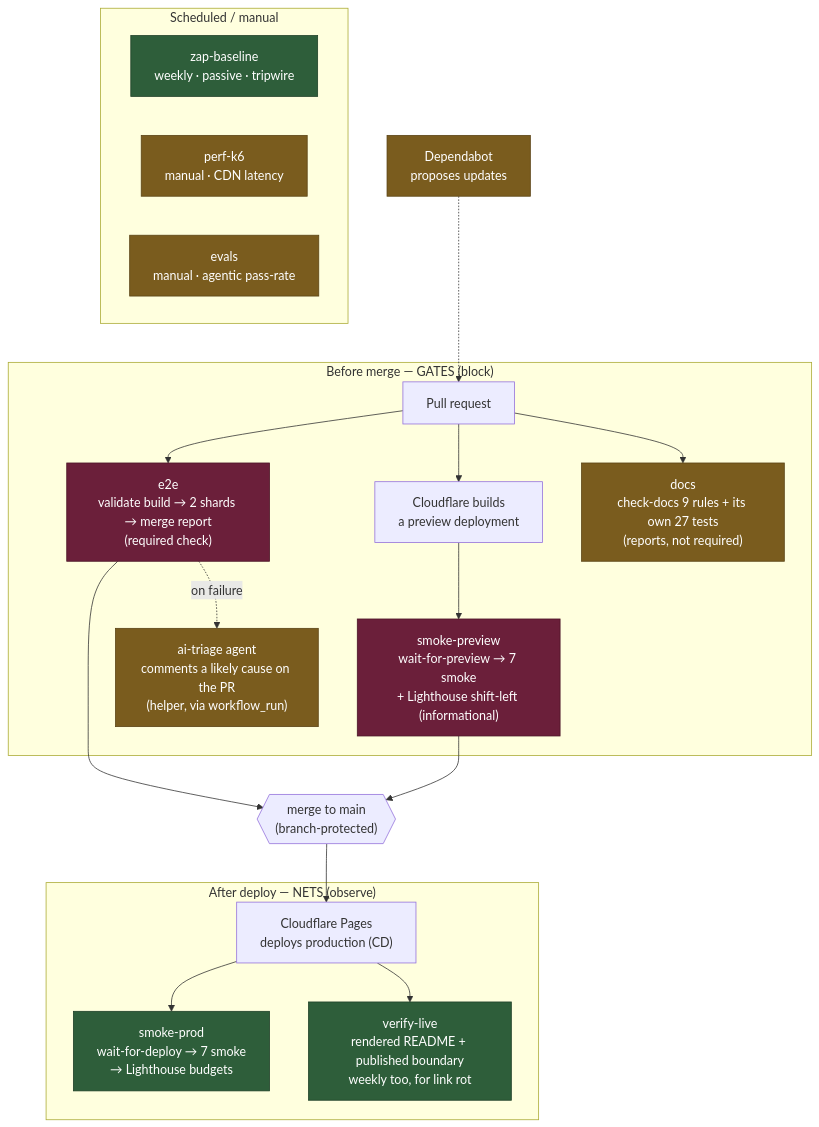
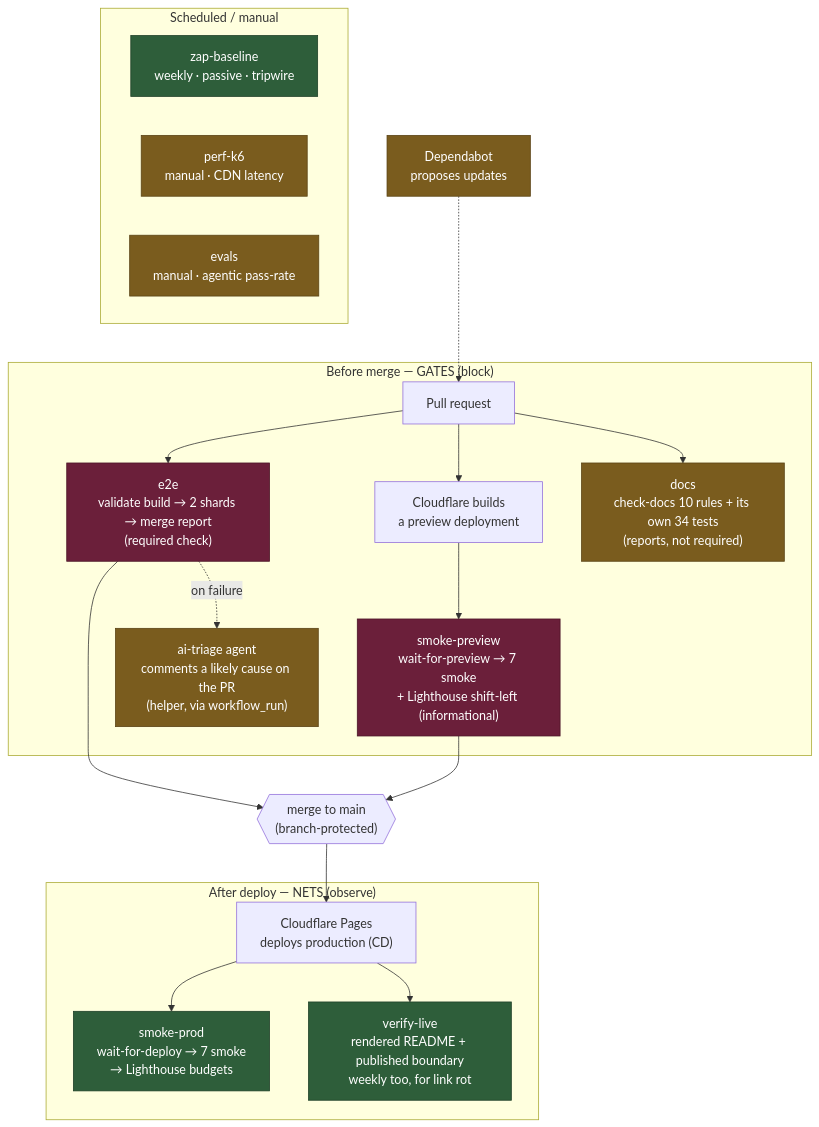
The diagram in docs/QA-ARCHITECTURE.md (InesPatricia/Mi-Dia-App), drawn with Mermaid before and after one commit. The commit also changed 2 other files, not shown here.

````diff
--- a/docs/QA-ARCHITECTURE.md
+++ b/docs/QA-ARCHITECTURE.md
@@ -8,35 +8,35 @@
 ```mermaid
 flowchart TD
     subgraph PRE["Before merge — GATES (block)"]
         PR["Pull request"] --> E2E["e2e\nvalidate build → 2 shards → merge report\n(required check)"]
         PR --> CFP["Cloudflare builds\na preview deployment"]
         CFP --> SP["smoke-preview\nwait-for-preview → 7 smoke\n+ Lighthouse shift-left (informational)"]
-        PR --> DOCS["docs\ncheck-docs 9 rules + its own 27 tests\n(reports, not required)"]
+        PR --> DOCS["docs\ncheck-docs 10 rules + its own 34 tests\n(reports, not required)"]
         E2E -. on failure .-> TRIAGE["ai-triage agent\ncomments a likely cause on the PR\n(helper, via workflow_run)"]
     end
 
     E2E --> MERGE{{"merge to main\n(branch-protected)"}}
     SP --> MERGE
 
     MERGE --> DEPLOY["Cloudflare Pages\ndeploys production (CD)"]
 
     subgraph POST["After deploy — NETS (observe)"]
         DEPLOY --> SPROD["smoke-prod\nwait-for-deploy → 7 smoke\n→ Lighthouse budgets"]
         DEPLOY --> VL["verify-live\nrendered README + published boundary\nweekly too, for link rot"]
     end
 
     subgraph SCHED["Scheduled / manual"]
         ZAP["zap-baseline\nweekly · passive · tripwire"]
         K6["perf-k6\nmanual · CDN latency"]
         EVALS["evals\nmanual · agentic pass-rate"]
     end
 
     DEPS["Dependabot\nproposes updates"] -.-> PR
 
     classDef gate fill:#6b1f3a,stroke:#4a1526,color:#fff;
     classDef net fill:#2e5e3a,stroke:#1e3f27,color:#fff;
     classDef helper fill:#7a5c1e,stroke:#5a4315,color:#fff;
     class E2E,SP gate;
     class SPROD,ZAP,VL net;
     class TRIAGE,EVALS,K6,DEPS,DOCS helper;
 ```
````
